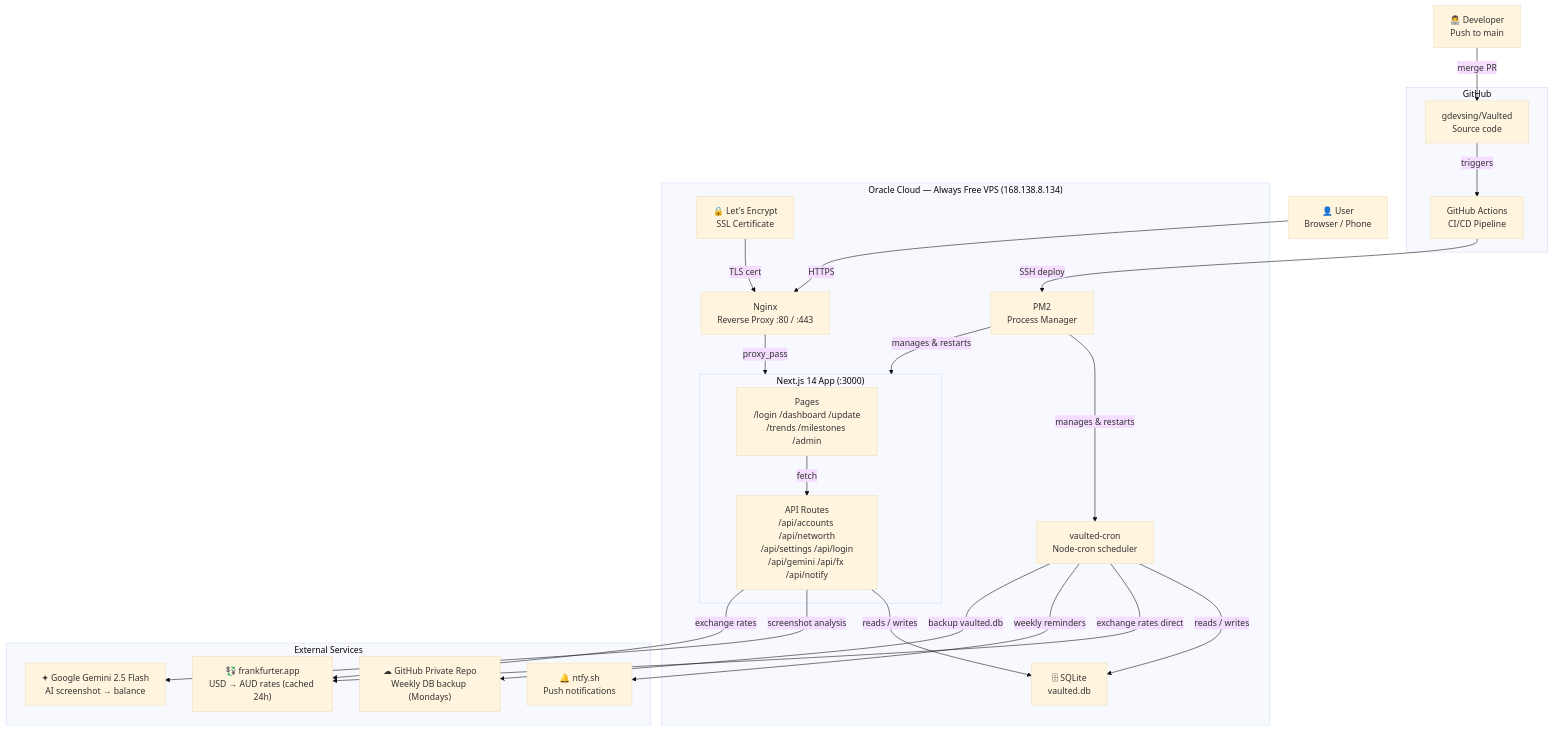
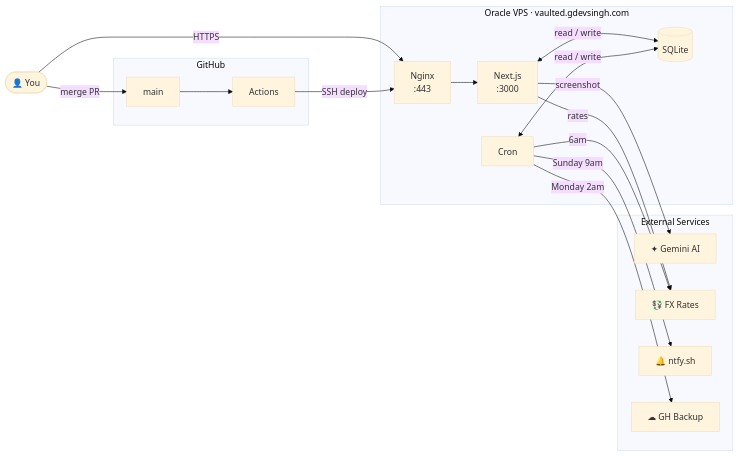
The diagram in ARCHITECTURE.md (gdevsing/Vaulted), drawn with Mermaid (base theme) before and after one commit.

Commit message:
docs: clean up architecture mermaid diagram
- Switched to flowchart LR (left-to-right)
- Three clear groups: GitHub, Oracle VPS, External Services
- Minimal node labels, no crossed lines
- Removed verbose subgraph nesting
- Renders cleanly on GitHub

````diff
--- a/ARCHITECTURE.md
+++ b/ARCHITECTURE.md
@@ -5,49 +5,38 @@
 ```mermaid
-graph TD
-    User["👤 User\nBrowser / Phone"]
-    Dev["👨‍💻 Developer\nPush to main"]
+flowchart LR
+    You(["👤 You"])
 
-    subgraph GitHub["GitHub"]
-        Repo["gdevsing/Vaulted\nSource code"]
-        Actions["GitHub Actions\nCI/CD Pipeline"]
+    subgraph GH["GitHub"]
+        main["main"]
+        Actions["Actions"]
     end
 
-    subgraph Oracle["Oracle Cloud — Always Free VPS (168.138.8.134)"]
-        LE["🔒 Let's Encrypt\nSSL Certificate"]
-        Nginx["Nginx\nReverse Proxy :80 / :443"]
-        PM2["PM2\nProcess Manager"]
-
-        subgraph App["Next.js 14 App (:3000)"]
-            Pages["Pages\n/login /dashboard /update\n/trends /milestones /admin"]
-            API["API Routes\n/api/accounts /api/networth\n/api/settings /api/login\n/api/gemini /api/fx /api/notify"]
-        end
-
-        Cron["vaulted-cron\nNode-cron scheduler"]
-        SQLite["🗄 SQLite\nvaulted.db"]
+    subgraph VPS["Oracle VPS · vaulted.gdevsingh.com"]
+        Nginx["Nginx
+:443"]
+        Next["Next.js
+:3000"]
+        Cron["Cron"]
+        DB[("SQLite")]
     end
 
-    subgraph External["External Services"]
-        Gemini["✦ Google Gemini 2.5 Flash\nAI screenshot → balance"]
-        FX["💱 frankfurter.app\nUSD → AUD rates (cached 24h)"]
-        Ntfy["🔔 ntfy.sh\nPush notifications"]
-        GHBackup["☁ GitHub Private Repo\nWeekly DB backup (Mondays)"]
+    subgraph Ext["External Services"]
+        Gemini["✦ Gemini AI"]
+        FX["💱 FX Rates"]
+        Ntfy["🔔 ntfy.sh"]
+        Backup["☁ GH Backup"]
     end
 
-    Dev -->|"merge PR"| Repo
-    Repo -->|"triggers"| Actions
-    Actions -->|"SSH deploy"| PM2
-
-    User -->|"HTTPS"| Nginx
-    LE -->|"TLS cert"| Nginx
-    Nginx -->|"proxy_pass"| App
-    PM2 -->|"manages & restarts"| App
-    PM2 -->|"manages & restarts"| Cron
-    Pages -->|"fetch"| API
-    API -->|"reads / writes"| SQLite
-    Cron -->|"reads / writes"| SQLite
-    API -->|"screenshot analysis"| Gemini
-    Cron -->|"exchange rates direct"| FX
-    API -->|"exchange rates"| FX
-    Cron -->|"weekly reminders"| Ntfy
-    Cron -->|"backup vaulted.db"| GHBackup
+    You -->|"merge PR"| main
+    You -->|"HTTPS"| Nginx
+    main --> Actions
+    Actions -->|"SSH deploy"| Nginx
+    Nginx --> Next
+    Next <-->|"read / write"| DB
+    Cron <-->|"read / write"| DB
+    Next -->|"screenshot"| Gemini
+    Next -->|"rates"| FX
+    Cron -->|"6am"| FX
+    Cron -->|"Sunday 9am"| Ntfy
+    Cron -->|"Monday 2am"| Backup
 ```
````
